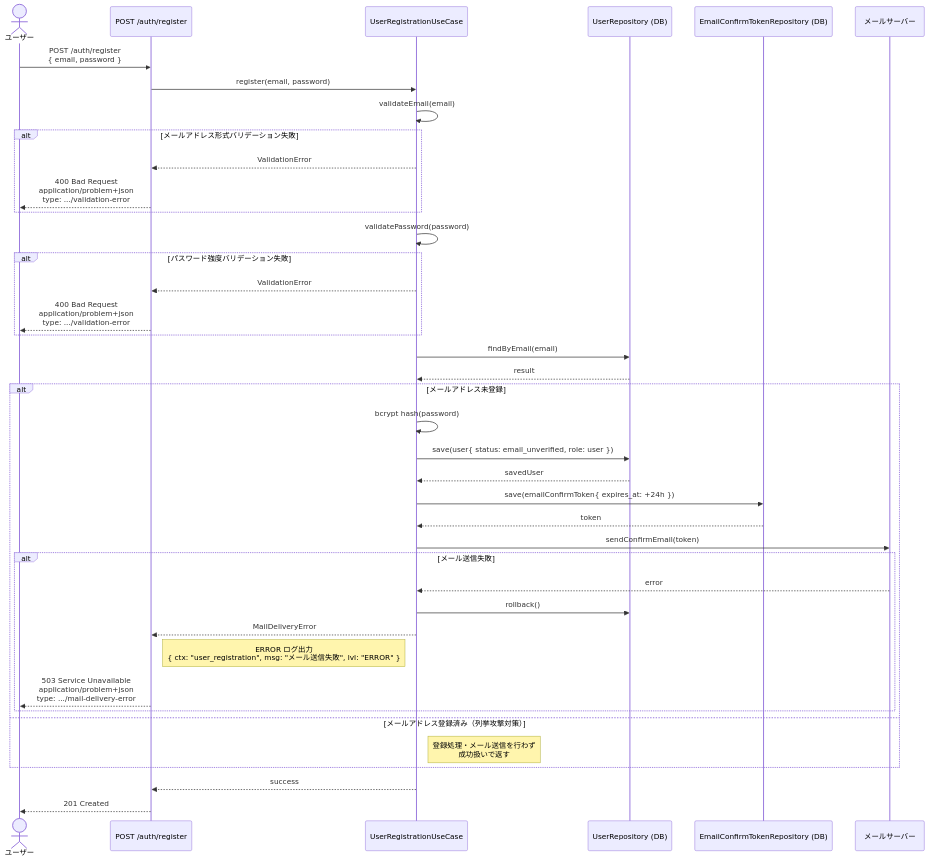
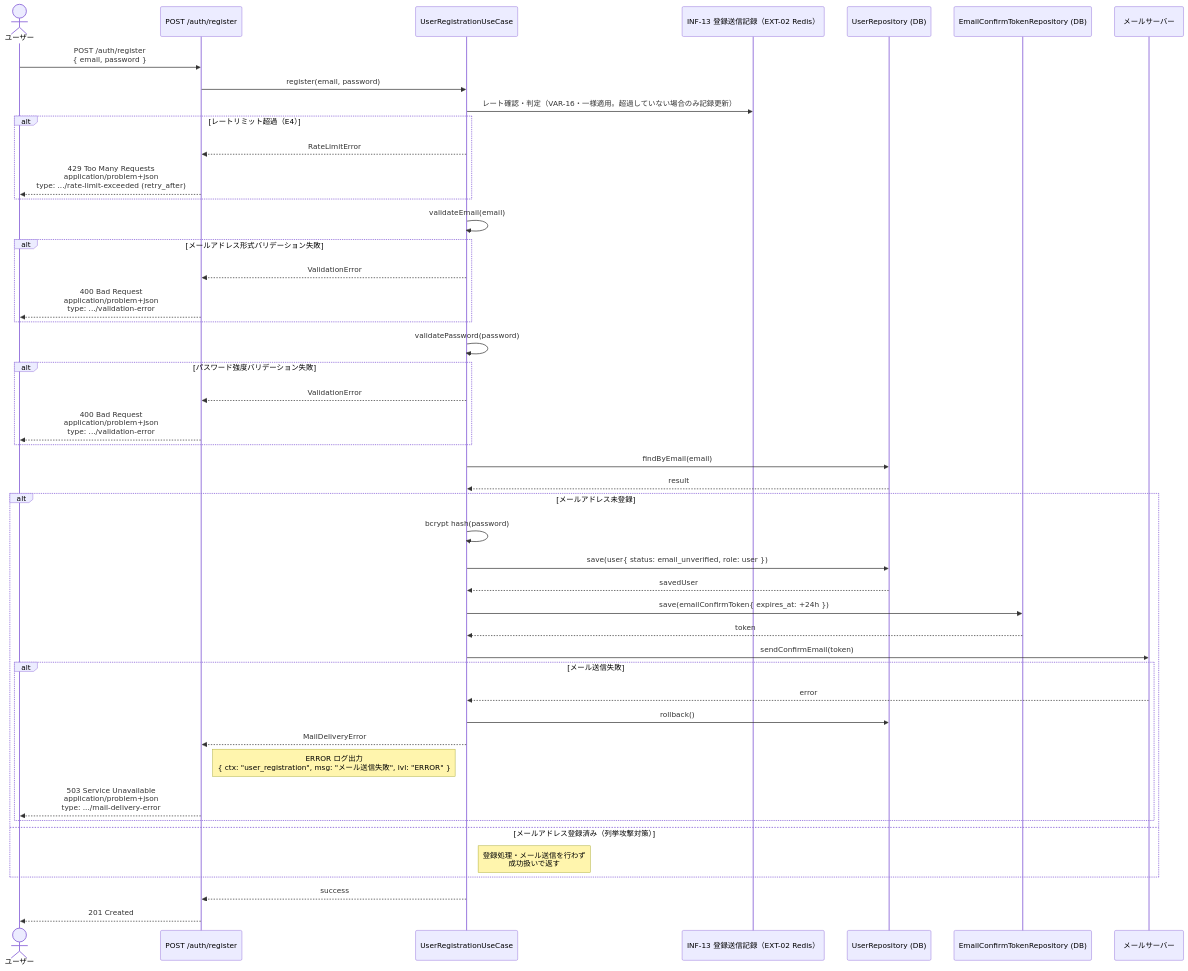
Before and after one commit to suunet/POC_HYDRA_AUTH: the second of 2 diagrams in .docs/design/buc/BUC-U01.md, drawn with Mermaid. The commit also changed other lines of this file and 7 other files, not shown here.

````diff
--- a/.docs/design/buc/BUC-U01.md
+++ b/.docs/design/buc/BUC-U01.md
@@ -113,42 +124,48 @@
 ```mermaid
 sequenceDiagram
   actor ユーザー as ユーザー
   participant 登録API as POST /auth/register
   participant ユースケース as UserRegistrationUseCase
+  participant Rate as INF-13 登録送信記録（EXT-02 Redis）
   participant ユーザーRepo as UserRepository (DB)
   participant 確認トークンRepo as EmailConfirmTokenRepository (DB)
   participant メールサーバー as メールサーバー
   ユーザー->>登録API: POST /auth/register<br/>{ email, password }
   登録API->>ユースケース: register(email, password)
+  ユースケース->>Rate: レート確認・判定（VAR-16・一様適用。超過していない場合のみ記録更新）
+  alt レートリミット超過（E4）
+  ユースケース-->>登録API: RateLimitError
+  登録API-->>ユーザー: 429 Too Many Requests<br/>application/problem+json<br/>type: .../rate-limit-exceeded (retry_after)
+  end
   ユースケース->>ユースケース: validateEmail(email)
   alt メールアドレス形式バリデーション失敗
   ユースケース-->>登録API: ValidationError
   登録API-->>ユーザー: 400 Bad Request<br/>application/problem+json<br/>type: .../validation-error
   end
   ユースケース->>ユースケース: validatePassword(password)
   alt パスワード強度バリデーション失敗
   ユースケース-->>登録API: ValidationError
   登録API-->>ユーザー: 400 Bad Request<br/>application/problem+json<br/>type: .../validation-error
   end
   ユースケース->>ユーザーRepo: findByEmail(email)
   ユーザーRepo-->>ユースケース: result
   alt メールアドレス未登録
   ユースケース->>ユースケース: bcrypt hash(password)
   ユースケース->>ユーザーRepo: save(user{ status: email_unverified, role: user })
   ユーザーRepo-->>ユースケース: savedUser
   ユースケース->>確認トークンRepo: save(emailConfirmToken{ expires_at: +24h })
   確認トークンRepo-->>ユースケース: token
   ユースケース->>メールサーバー: sendConfirmEmail(token)
   alt メール送信失敗
   メールサーバー-->>ユースケース: error
   ユースケース->>ユーザーRepo: rollback()
   ユースケース-->>登録API: MailDeliveryError
   Note right of 登録API: ERROR ログ出力<br/>{ ctx: "user_registration", msg: "メール送信失敗", lvl: "ERROR" }
   登録API-->>ユーザー: 503 Service Unavailable<br/>application/problem+json<br/>type: .../mail-delivery-error
   end
   else メールアドレス登録済み（列挙攻撃対策）
   Note right of ユースケース: 登録処理・メール送信を行わず<br/>成功扱いで返す
   end
   ユースケース-->>登録API: success
   登録API-->>ユーザー: 201 Created
 ```
````
